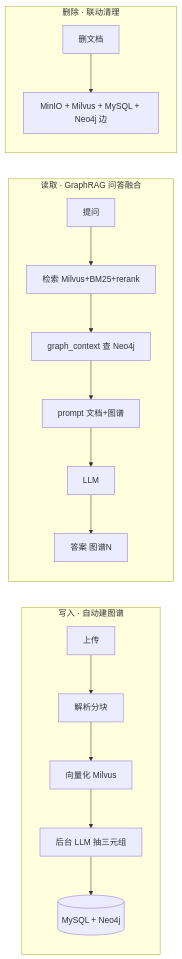
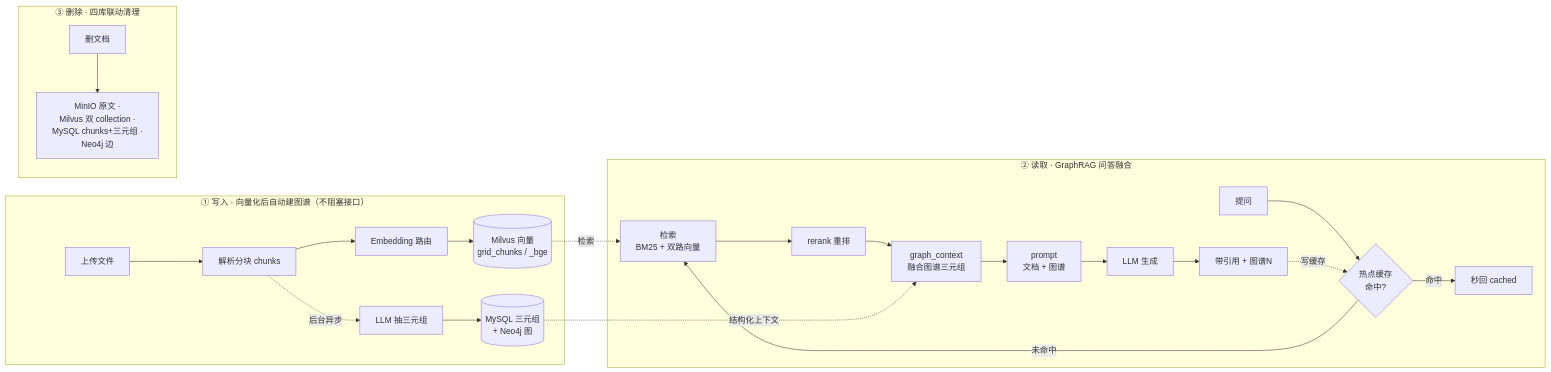
The second of 3 diagrams in README.md (zhyese/grid-qa), drawn with Mermaid before and after one commit. The commit also changed other lines of this file, not shown here.

First line of the commit message:
docs: 重做架构图,讲透数据流转

````diff
--- a/README.md
+++ b/README.md
@@ -51,12 +72,27 @@
 ```mermaid
 flowchart LR
-    subgraph W["写入 · 自动建图谱"]
-        U[上传] --> P[解析分块] --> V[向量化 Milvus] --> K[后台 LLM 抽三元组] --> N1[("MySQL + Neo4j")]
+    subgraph W["① 写入 · 向量化后自动建图谱（不阻塞接口）"]
+        U[上传文件] --> P[解析分块 chunks]
+        P --> V[Embedding 路由]
+        V --> VMIL[("Milvus 向量<br/>grid_chunks / _bge")]
+        P -.->|后台异步| K[LLM 抽三元组]
+        K --> KG[("MySQL 三元组<br/>+ Neo4j 图")]
     end
-    subgraph R["读取 · GraphRAG 问答融合"]
-        Q[提问] --> RT[检索 Milvus+BM25+rerank] --> G[graph_context 查 Neo4j] --> PF["prompt 文档+图谱"] --> L[LLM] --> A["答案 图谱N"]
+    subgraph R["② 读取 · GraphRAG 问答融合"]
+        Q[提问] --> CC{"热点缓存<br/>命中?"}
+        CC -->|命中| A1[秒回 cached]
+        CC -->|未命中| RT[检索<br/>BM25 + 双路向量]
+        RT --> RRK[rerank 重排]
+        RRK --> G[graph_context<br/>融合图谱三元组]
+        G --> PF["prompt<br/>文档 + 图谱"]
+        PF --> L[LLM 生成]
+        L --> A2[带引用 + 图谱N]
+        A2 -.->|写缓存| CC
     end
-    subgraph D["删除 · 联动清理"]
-        DEL[删文档] --> CL["MinIO + Milvus + MySQL + Neo4j 边"]
+    subgraph D["③ 删除 · 四库联动清理"]
+        DEL[删文档] --> CL["MinIO 原文 ·<br/>Milvus 双 collection ·<br/>MySQL chunks+三元组 ·<br/>Neo4j 边"]
     end
+    %% 闭环：写入产物 → 读取消费（数据真正流转）
+    VMIL -. 检索 .-> RT
+    KG -. 结构化上下文 .-> G
 ```
````
